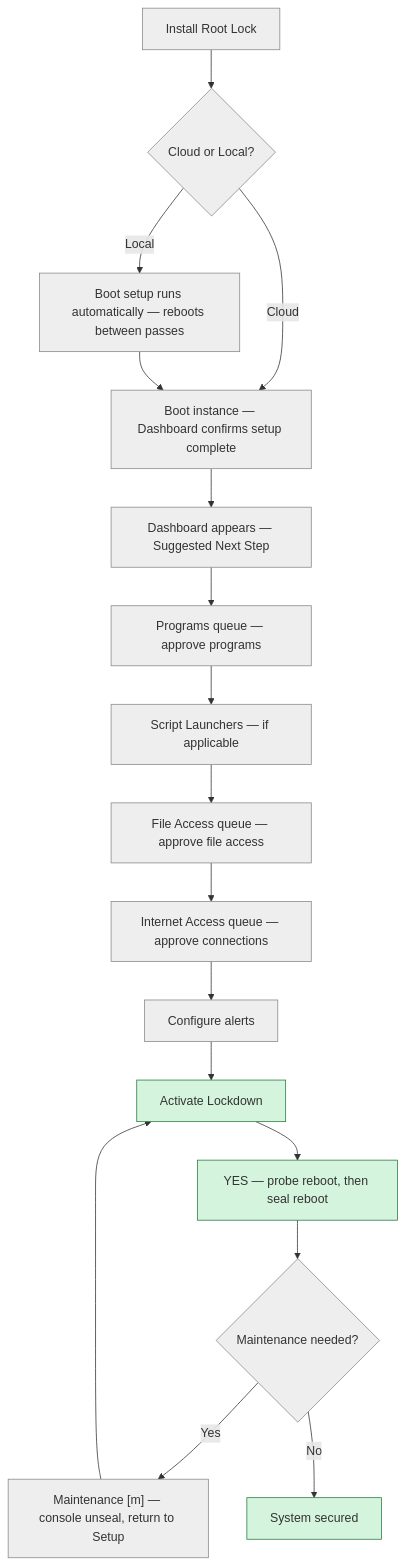
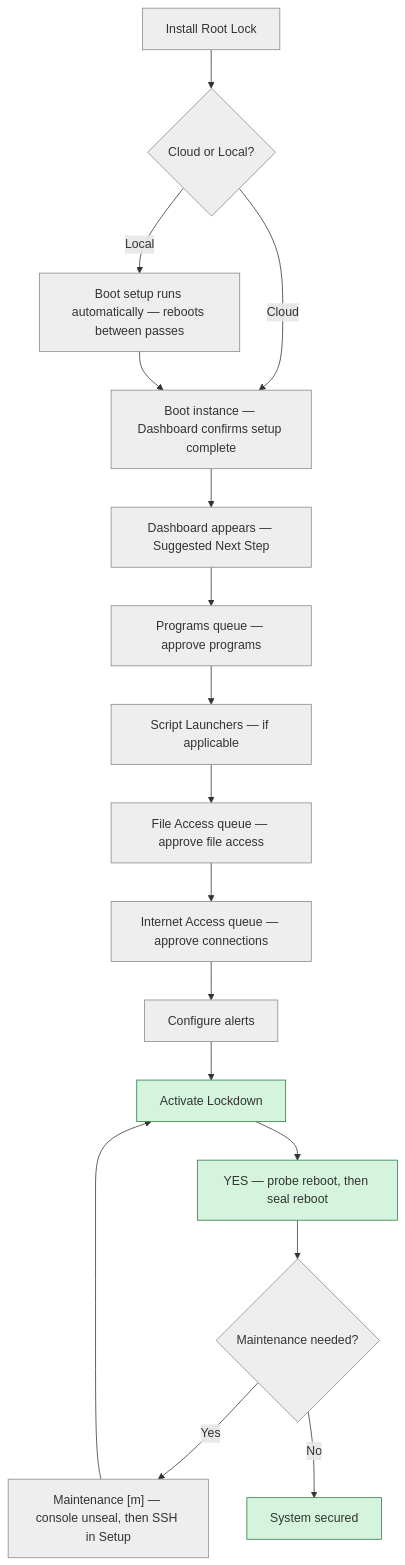
Before and after one commit to HeartSecuritySuite/heartsuite-docs: the diagram in content/en/rootlock/introduction/setup-overview/_index.md, drawn with Mermaid. The commit also changed other lines of this file and 12 other files, not shown here.

````diff
--- a/content/en/rootlock/introduction/setup-overview/_index.md
+++ b/content/en/rootlock/introduction/setup-overview/_index.md
@@ -74,35 +74,35 @@
 ```mermaid
 graph TD
     A[Install Root Lock] --> B{Cloud or Local?}
     B -- Cloud --> C[Boot instance — Dashboard confirms setup complete]
     B -- Local --> D["Boot setup runs automatically — reboots between passes"]
     D --> C
     C --> E[Dashboard appears — Suggested Next Step]
     E --> F["Programs queue — approve programs"]
     F --> G["Script Launchers — if applicable"]
     G --> H["File Access queue — approve file access"]
     H --> I["Internet Access queue — approve connections"]
     I --> J["Configure alerts"]
     J --> K["Activate Lockdown"]
     K --> L["YES — probe reboot, then seal reboot"]
     L --> M{Maintenance needed?}
-    M -- Yes --> N["Maintenance [m] — console unseal, return to Setup"]
+    M -- Yes --> N["Maintenance [m] — console unseal, then SSH in Setup"]
     N --> K
     M -- No --> O[System secured]
 
     style A fill:#eee,stroke:#888
     style B fill:#eee,stroke:#888
     style C fill:#eee,stroke:#888
     style D fill:#eee,stroke:#888
     style E fill:#eee,stroke:#888
     style F fill:#eee,stroke:#888
     style G fill:#eee,stroke:#888
     style H fill:#eee,stroke:#888
     style I fill:#eee,stroke:#888
     style J fill:#eee,stroke:#888
     style M fill:#eee,stroke:#888
     style N fill:#eee,stroke:#888
     style K fill:#d4f4dd,stroke:#2a7a40
     style L fill:#d4f4dd,stroke:#2a7a40
     style O fill:#d4f4dd,stroke:#2a7a40
 ```
````
